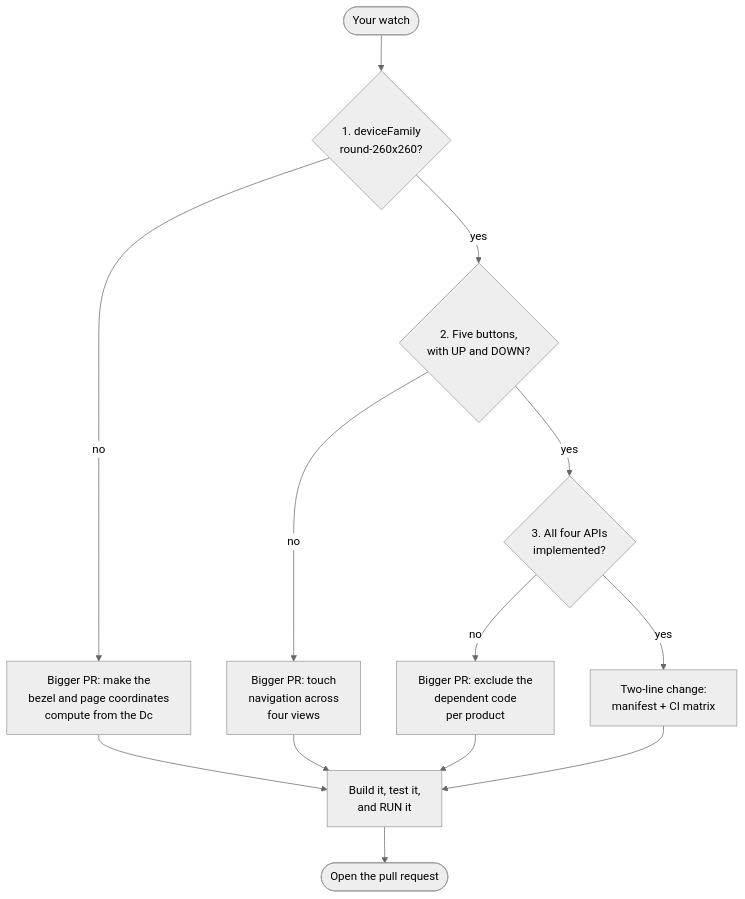
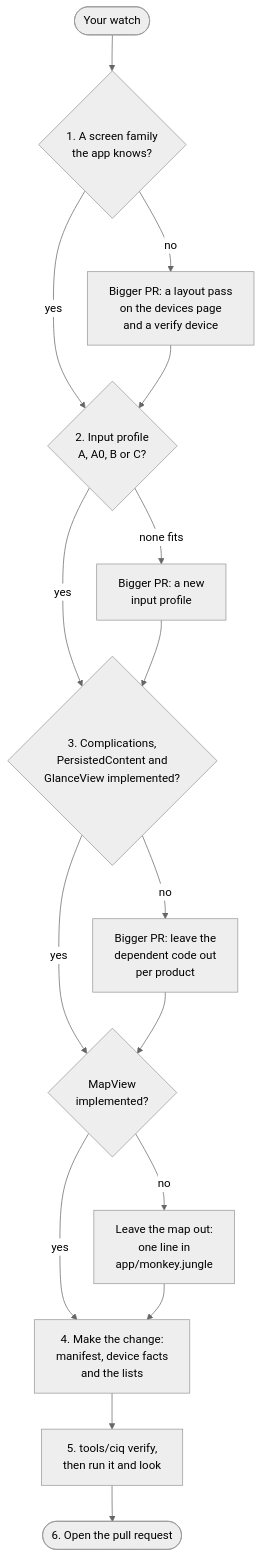
The diagram in docs/adding-a-watch.md (qr/Vozidlo), drawn with Mermaid (neutral theme) before and after one commit. The commit also changed other lines of this file and 109 other files, not shown here.

````diff
--- a/docs/adding-a-watch.md
+++ b/docs/adding-a-watch.md
@@ -13,15 +16,18 @@
 ```mermaid
 flowchart TD
-    S([Your watch]) --> F{"1. deviceFamily<br>round-260x260?"}
-    F -->|no| FW["Bigger PR: make the<br>bezel and page coordinates<br>compute from the Dc"]
-    F -->|yes| K{"2. Five buttons,<br>with UP and DOWN?"}
-    K -->|no| KW["Bigger PR: touch<br>navigation across<br>four views"]
-    K -->|yes| A{"3. All four APIs<br>implemented?"}
-    A -->|no| AW["Bigger PR: exclude the<br>dependent code<br>per product"]
-    A -->|yes| T["Two-line change:<br>manifest + CI matrix"]
-    T --> V["Build it, test it,<br>and RUN it"]
-    FW --> V
-    KW --> V
-    AW --> V
-    V --> PR([Open the pull request])
+    S([Your watch]) --> F{"1. A screen family<br>the app knows?"}
+    F -->|no| FW["Bigger PR: a layout pass<br>on the devices page<br>and a verify device"]
+    F -->|yes| K{"2. Input profile<br>A, A0, B or C?"}
+    FW --> K
+    K -->|none fits| KW["Bigger PR: a new<br>input profile"]
+    K -->|yes| A{"3. Complications,<br>PersistedContent and<br>GlanceView implemented?"}
+    KW --> A
+    A -->|no| AW["Bigger PR: leave the<br>dependent code out<br>per product"]
+    A -->|yes| M{"MapView<br>implemented?"}
+    AW --> M
+    M -->|no| MX["Leave the map out:<br>one line in<br>app/monkey.jungle"]
+    M -->|yes| T["4. Make the change:<br>manifest, device facts<br>and the lists"]
+    MX --> T
+    T --> V["5. tools/ciq verify,<br>then run it and look"]
+    V --> PR([6. Open the pull request])
 ```
````
